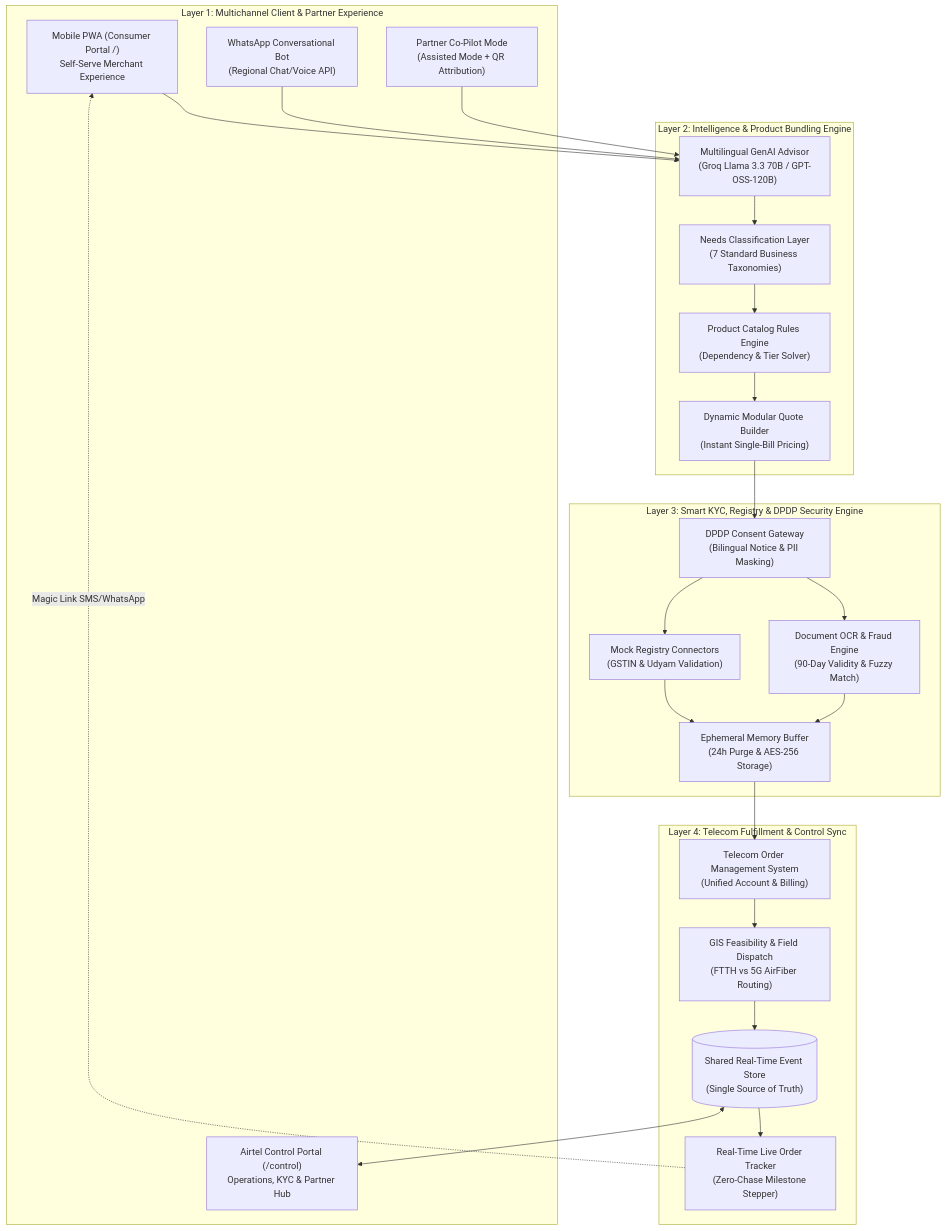
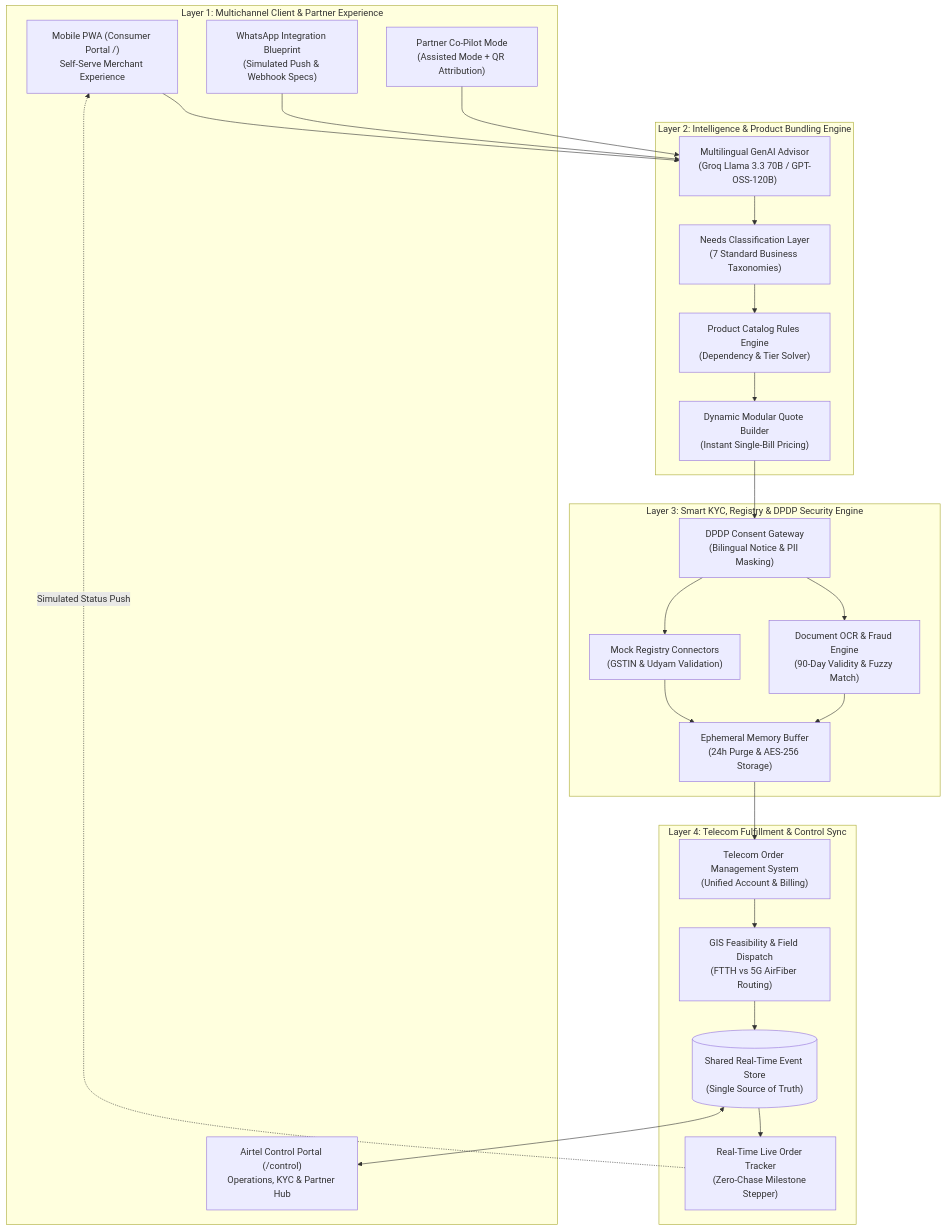
The first of 5 diagrams in submission/Solution_Architecture_and_Data_Flows.md (AnshulKaushal27/udyam-digital), drawn with Mermaid before and after one commit. The commit also changed other lines of this file and 214 other files, not shown here.

````diff
--- a/submission/Solution_Architecture_and_Data_Flows.md
+++ b/submission/Solution_Architecture_and_Data_Flows.md
@@ -10,48 +10,48 @@
 ```mermaid
 flowchart TD
     subgraph L1["Layer 1: Multichannel Client & Partner Experience"]
         PWA["Mobile PWA (Consumer Portal /)<br/>Self-Serve Merchant Experience"]
         Control["Airtel Control Portal (/control)<br/>Operations, KYC & Partner Hub"]
-        WA["WhatsApp Conversational Bot<br/>(Regional Chat/Voice API)"]
+        WA["WhatsApp Integration Blueprint<br/>(Simulated Push & Webhook Specs)"]
         Tablet["Partner Co-Pilot Mode<br/>(Assisted Mode + QR Attribution)"]
     end
 
     subgraph L2["Layer 2: Intelligence & Product Bundling Engine"]
         LLM["Multilingual GenAI Advisor<br/>(Groq Llama 3.3 70B / GPT-OSS-120B)"]
         Discovery["Needs Classification Layer<br/>(7 Standard Business Taxonomies)"]
         Rule["Product Catalog Rules Engine<br/>(Dependency & Tier Solver)"]
         Quote["Dynamic Modular Quote Builder<br/>(Instant Single-Bill Pricing)"]
     end
 
     subgraph L3["Layer 3: Smart KYC, Registry & DPDP Security Engine"]
         Consent["DPDP Consent Gateway<br/>(Bilingual Notice & PII Masking)"]
         Registries["Mock Registry Connectors<br/>(GSTIN & Udyam Validation)"]
         OCR["Document OCR & Fraud Engine<br/>(90-Day Validity & Fuzzy Match)"]
         Storage["Ephemeral Memory Buffer<br/>(24h Purge & AES-256 Storage)"]
     end
 
     subgraph L4["Layer 4: Telecom Fulfillment & Control Sync"]
         OMS["Telecom Order Management System<br/>(Unified Account & Billing)"]
         GIS["GIS Feasibility & Field Dispatch<br/>(FTTH vs 5G AirFiber Routing)"]
         Tracker["Real-Time Live Order Tracker<br/>(Zero-Chase Milestone Stepper)"]
         SharedDB[("Shared Real-Time Event Store<br/>(Single Source of Truth)")]
     end
 
     PWA --> LLM
     WA --> LLM
     Tablet --> LLM
     LLM --> Discovery
     Discovery --> Rule
     Rule --> Quote
     Quote --> Consent
     Consent --> Registries
     Consent --> OCR
     Registries --> Storage
     OCR --> Storage
     Storage --> OMS
     OMS --> GIS
     GIS --> SharedDB
     SharedDB --> Tracker
     SharedDB <--> Control
-    Tracker -.->|Magic Link SMS/WhatsApp| PWA
+    Tracker -.->|Simulated Status Push| PWA
 ```
````
